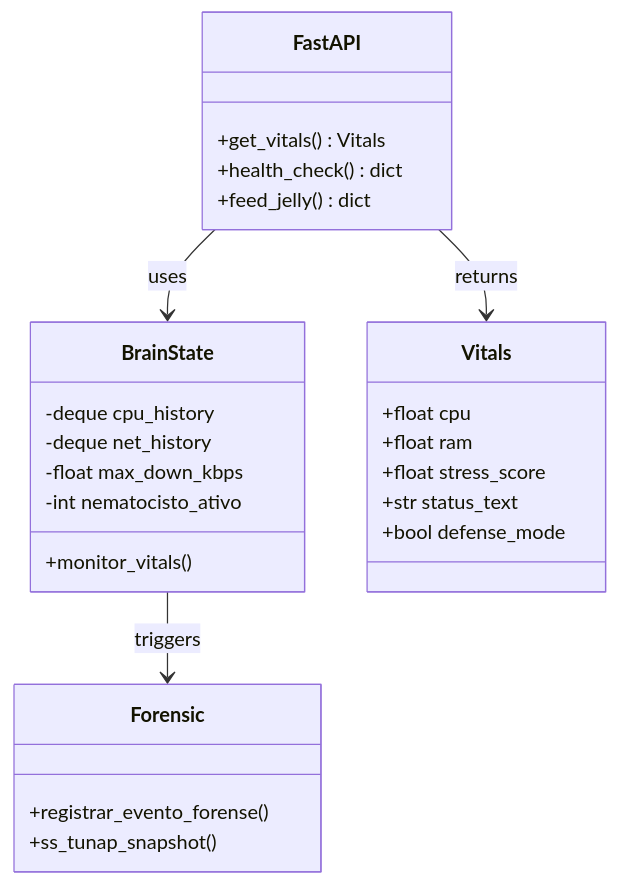
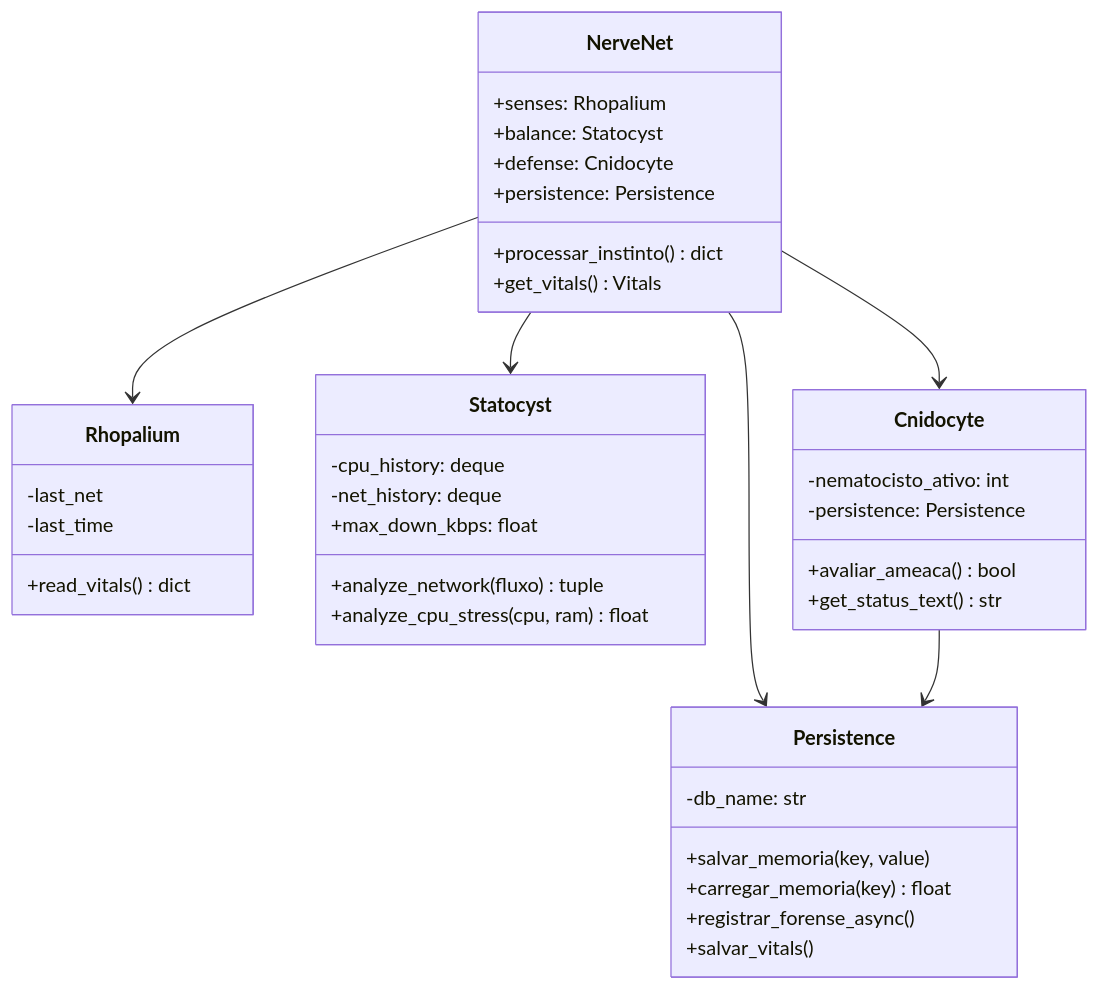
Before and after one commit to codeZ-coder/JellyV6: the second of 4 diagrams in ARCHITECTURE.md, drawn with Mermaid. The commit also changed other lines of this file and 13 other files, not shown here.

````diff
--- a/ARCHITECTURE.md
+++ b/ARCHITECTURE.md
@@ -61,33 +67,46 @@
 ```mermaid
 classDiagram
-    class BrainState {
-        -deque cpu_history
-        -deque net_history
-        -float max_down_kbps
-        -int nematocisto_ativo
-        +monitor_vitals()
+    class Rhopalium {
+        -last_net
+        -last_time
+        +read_vitals() dict
     }
 
-    class Vitals {
-        +float cpu
-        +float ram
-        +float stress_score
-        +str status_text
-        +bool defense_mode
+    class Statocyst {
+        -cpu_history: deque
+        -net_history: deque
+        +max_down_kbps: float
+        +analyze_network(fluxo) tuple
+        +analyze_cpu_stress(cpu, ram) float
     }
 
-    class FastAPI {
-        +get_vitals() Vitals
-        +health_check() dict
-        +feed_jelly() dict
+    class Cnidocyte {
+        -nematocisto_ativo: int
+        -persistence: Persistence
+        +avaliar_ameaca() bool
+        +get_status_text() str
     }
 
-    class Forensic {
-        +registrar_evento_forense()
-        +ss_tunap_snapshot()
+    class Persistence {
+        -db_name: str
+        +salvar_memoria(key, value)
+        +carregar_memoria(key) float
+        +registrar_forense_async()
+        +salvar_vitals()
     }
 
-    FastAPI --> BrainState : uses
-    FastAPI --> Vitals : returns
-    BrainState --> Forensic : triggers
+    class NerveNet {
+        +senses: Rhopalium
+        +balance: Statocyst
+        +defense: Cnidocyte
+        +persistence: Persistence
+        +processar_instinto() dict
+        +get_vitals() Vitals
+    }
+
+    NerveNet --> Rhopalium
+    NerveNet --> Statocyst
+    NerveNet --> Cnidocyte
+    NerveNet --> Persistence
+    Cnidocyte --> Persistence
 ```
````
